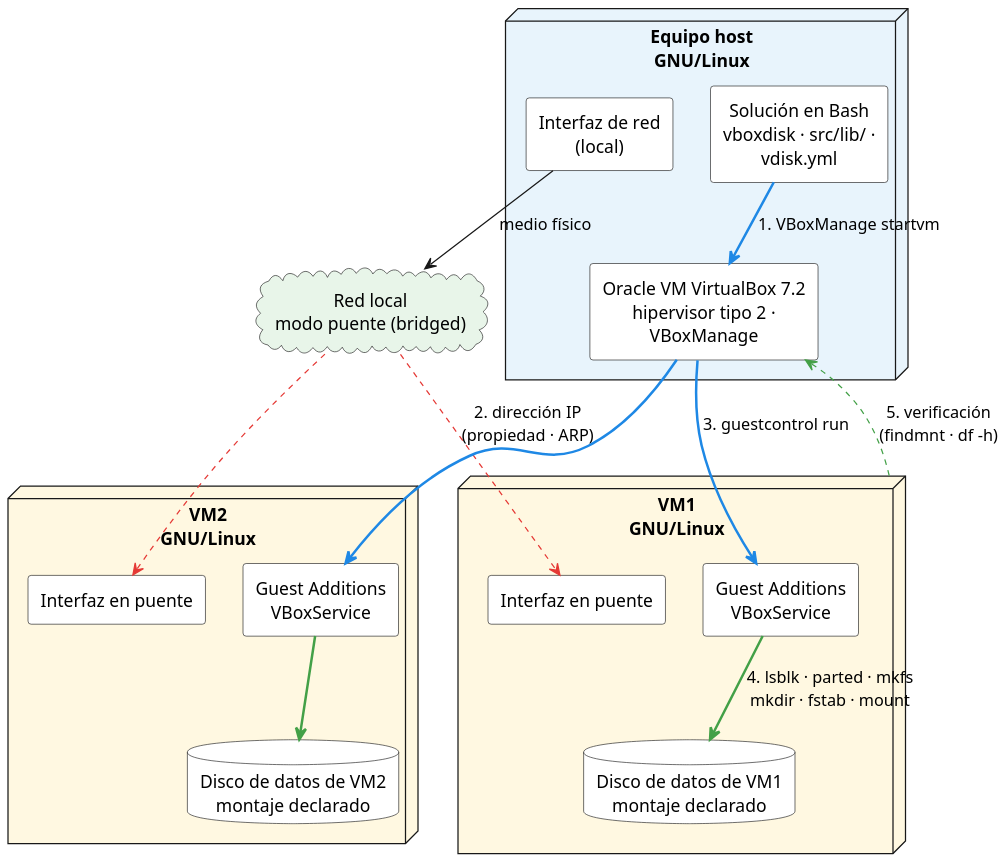
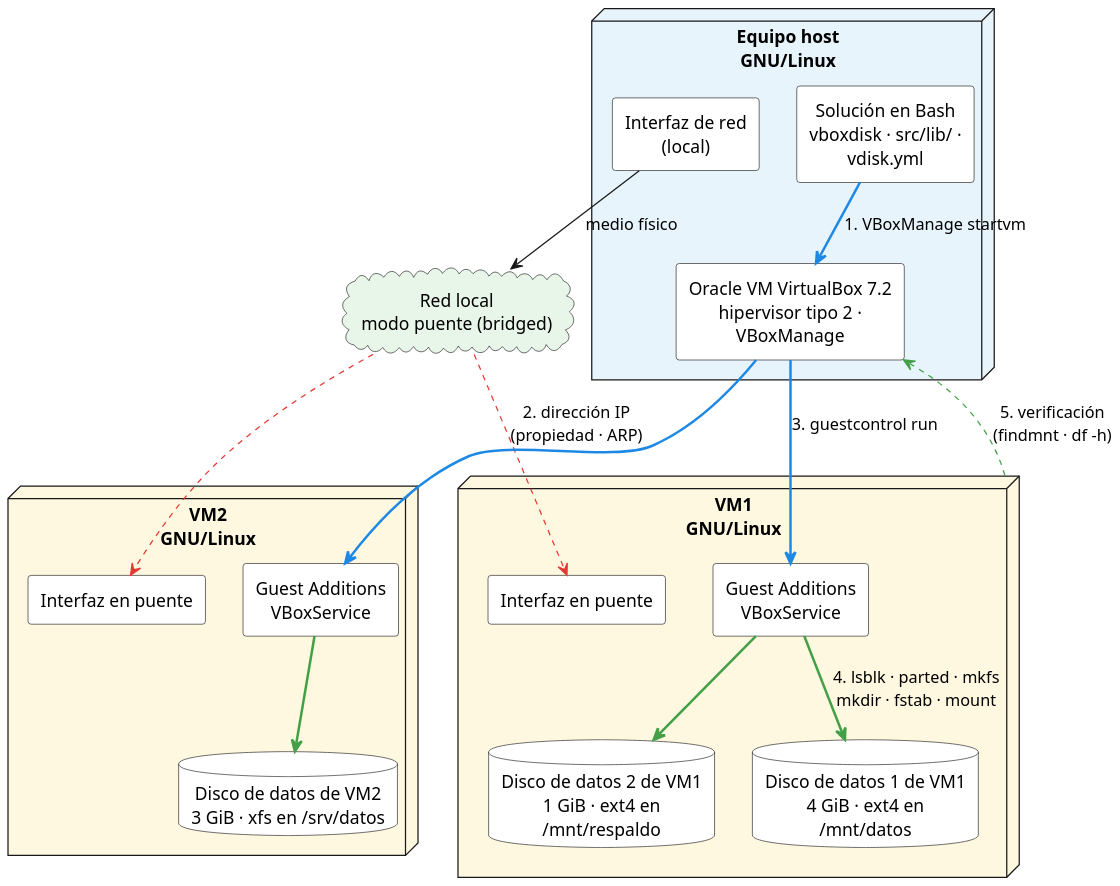
Before and after one commit to spalax-dev/vbox-disk-automation: the diagram in documento/images/escenario.puml, drawn with PlantUML. The commit also changed 43 other files, not shown here.

```diff
--- a/documento/images/escenario.puml
+++ b/documento/images/escenario.puml
@@ -1,42 +1,44 @@
 @startuml escenario
 
 skinparam defaultFontName "Arimo"
 skinparam dpi 150
 skinparam componentStyle rectangle
 skinparam nodesep 30
 skinparam ranksep 45
 skinparam wrapWidth 170
 skinparam defaultTextAlignment center
 
 node "Equipo host\nGNU/Linux" as HOST #E8F4FC {
   component "Solución en Bash\nvboxdisk · src/lib/ · vdisk.yml" as SOL #FFFFFF
   component "Interfaz de red\n(local)" as HNIC #FFFFFF
   component "Oracle VM VirtualBox 7.2\nhipervisor tipo 2 · VBoxManage" as VBox #FFFFFF
 }
 
 cloud "Red local\nmodo puente (bridged)" as LAN #E8F5E9
 
 node "VM1\nGNU/Linux" as VM1 #FFF8E1 {
   component "Interfaz en puente" as NIC1 #FFFFFF
   component "Guest Additions\nVBoxService" as GA1 #FFFFFF
-  database "Disco de datos de VM1\nmontaje declarado" as D1 #FFFFFF
+  database "Disco de datos 1 de VM1\n4 GiB · ext4 en /mnt/datos" as D1 #FFFFFF
+  database "Disco de datos 2 de VM1\n1 GiB · ext4 en /mnt/respaldo" as D1B #FFFFFF
 }
 
 node "VM2\nGNU/Linux" as VM2 #FFF8E1 {
   component "Interfaz en puente" as NIC2 #FFFFFF
   component "Guest Additions\nVBoxService" as GA2 #FFFFFF
-  database "Disco de datos de VM2\nmontaje declarado" as D2 #FFFFFF
+  database "Disco de datos de VM2\n3 GiB · xfs en /srv/datos" as D2 #FFFFFF
 }
 
 HNIC --> LAN : "medio físico"
 LAN -[#E53935,dashed]-> NIC1 : "2. dirección IP\n(propiedad · ARP)"
 LAN -[#E53935,dashed]-> NIC2
 
 SOL -[#1E88E5,bold]-> VBox : "1. VBoxManage startvm"
 VBox .[#1E88E5,bold].> GA1 : "3. guestcontrol run"
 VBox .[#1E88E5,bold].> GA2
 GA1 -[#43A047,bold]-> D1 : "4. lsblk · parted · mkfs\nmkdir · fstab · mount"
+GA1 -[#43A047,bold]-> D1B
 GA2 -[#43A047,bold]-> D2
 VM1 .[#43A047,dashed].> VBox : "5. verificación\n(findmnt · df -h)"
 
 @enduml
```
